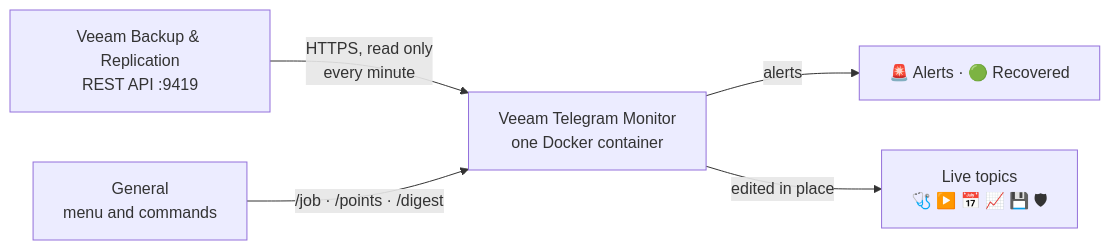
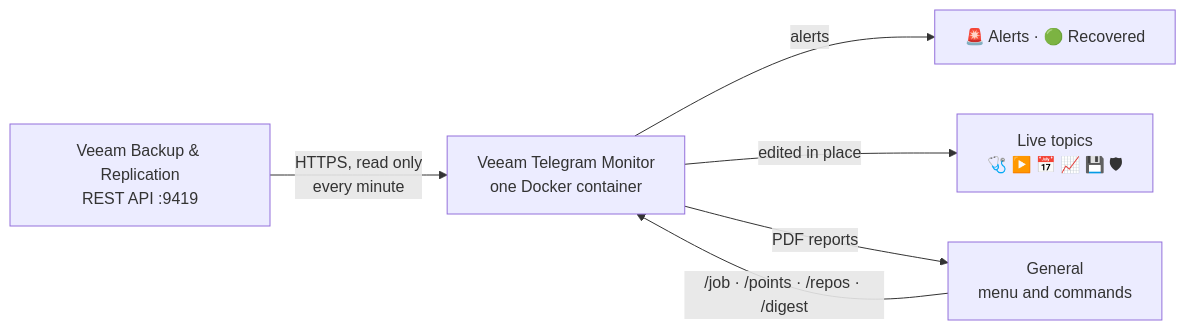
Before and after one commit to MuratFaizulla/veeam-monit: the diagram in README.md, drawn with Mermaid. The commit also changed other lines of this file and 16 other files, not shown here.

````diff
--- a/README.md
+++ b/README.md
@@ -69,7 +69,8 @@
 ```mermaid
 flowchart LR
     V["Veeam Backup & Replication<br/>REST API :9419"] -- "HTTPS, read only<br/>every minute" --> B["Veeam Telegram Monitor<br/>one Docker container"]
     B -- "alerts" --> A["🚨 Alerts · 🟢 Recovered"]
     B -- "edited in place" --> L["Live topics<br/>🩺 ▶️ 📅 📈 💾 🛡"]
-    G["General<br/>menu and commands"] -- "/job · /points · /digest" --> B
+    G["General<br/>menu and commands"] -- "/job · /points · /repos · /digest" --> B
+    B -- "PDF reports" --> G
 ```
````
